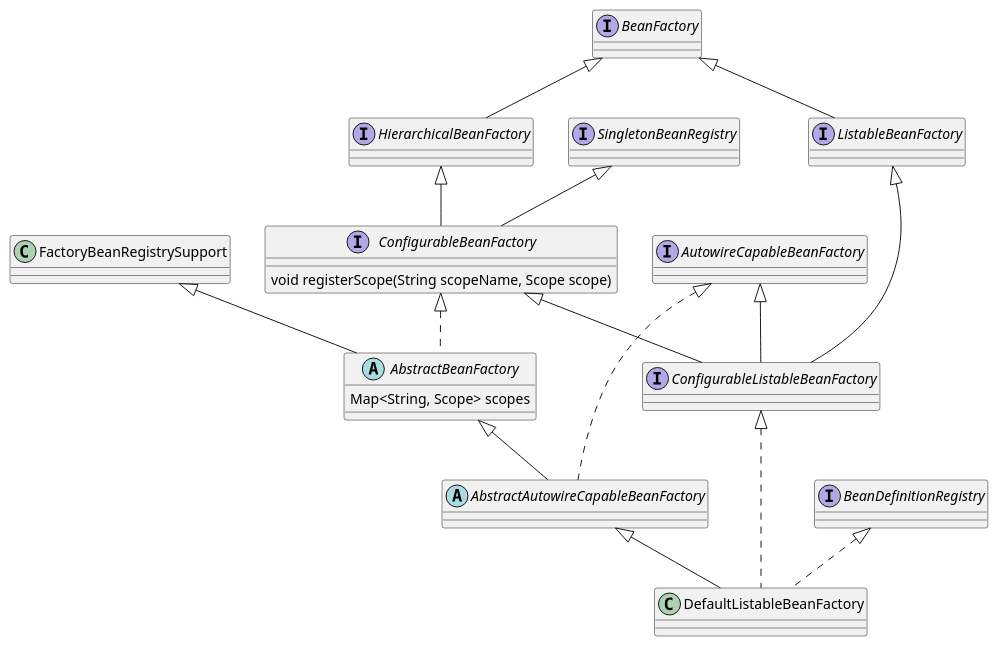
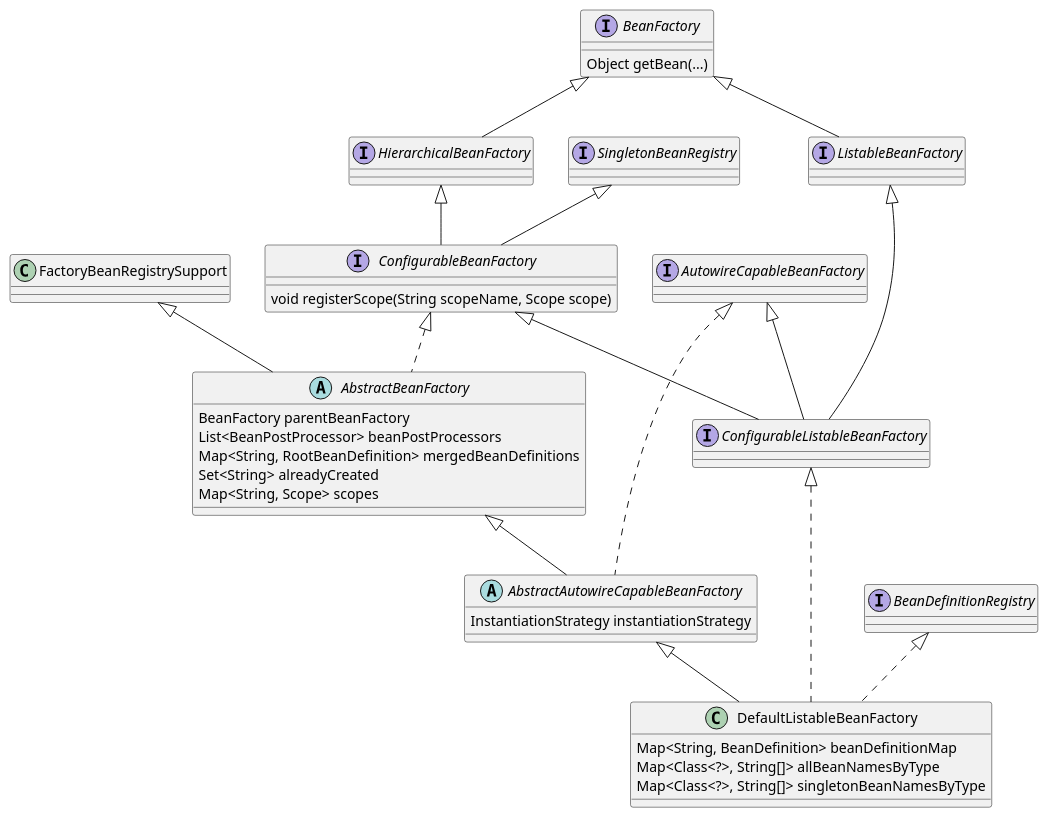
The second of 14 diagrams in content/post/java/spring/spring-core-container/index.md (kevinwang930/kevinwang930.github.io), drawn with PlantUML before and after one commit. The commit also changed other lines of this file and 4 other files, not shown here.

````diff
--- a/content/post/java/spring/spring-core-container/index.md
+++ b/content/post/java/spring/spring-core-container/index.md
@@ -82,17 +82,30 @@
 ```plantuml
 
-interface BeanFactory 
+interface BeanFactory  {
+    Object getBean(...)
+}
 interface ListableBeanFactory extends BeanFactory
 interface HierarchicalBeanFactory extends BeanFactory
 interface ConfigurableBeanFactory extends HierarchicalBeanFactory, SingletonBeanRegistry {
     void registerScope(String scopeName, Scope scope)
 }
 interface ConfigurableListableBeanFactory extends ListableBeanFactory, AutowireCapableBeanFactory, ConfigurableBeanFactory
-class DefaultListableBeanFactory extends AbstractAutowireCapableBeanFactory implements ConfigurableListableBeanFactory, BeanDefinitionRegistry
+class DefaultListableBeanFactory extends AbstractAutowireCapableBeanFactory implements ConfigurableListableBeanFactory, BeanDefinitionRegistry {
+    Map<String, BeanDefinition> beanDefinitionMap
+    Map<Class<?>, String[]> allBeanNamesByType
+    Map<Class<?>, String[]> singletonBeanNamesByType
+}
 
 abstract class AbstractBeanFactory extends FactoryBeanRegistrySupport implements ConfigurableBeanFactory {
+    BeanFactory parentBeanFactory
+    List<BeanPostProcessor> beanPostProcessors
+    Map<String, RootBeanDefinition> mergedBeanDefinitions
+    Set<String> alreadyCreated
     Map<String, Scope> scopes
+
 }
 
-abstract class AbstractAutowireCapableBeanFactory extends AbstractBeanFactory implements AutowireCapableBeanFactory
+abstract class AbstractAutowireCapableBeanFactory extends AbstractBeanFactory implements AutowireCapableBeanFactory {
+    InstantiationStrategy instantiationStrategy
+}
 ```
````
